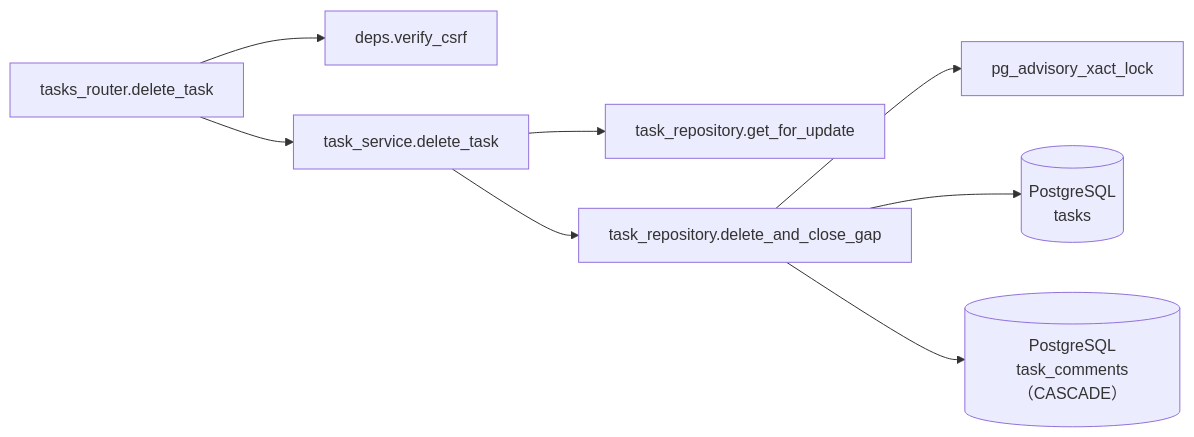
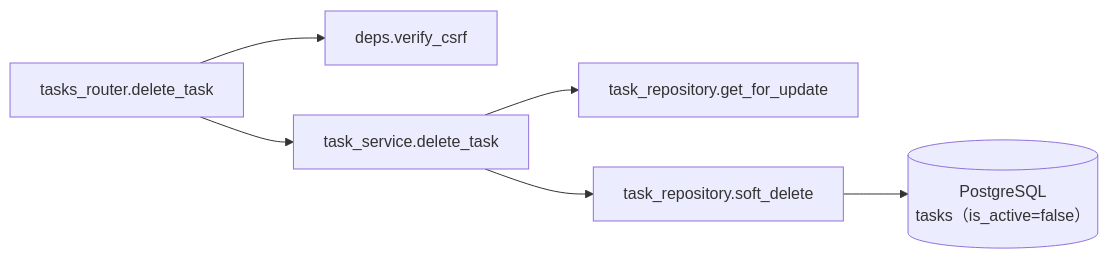
The third of 4 diagrams in detailed_design/api/tasks/05_delete_task.md (oikawa-d/task_management), drawn with Mermaid before and after one commit. The commit also changed other lines of this file and 25 other files, not shown here.

````diff
--- a/detailed_design/api/tasks/05_delete_task.md
+++ b/detailed_design/api/tasks/05_delete_task.md
@@ -155,10 +153,8 @@
 ```mermaid
 flowchart LR
     R["tasks_router.delete_task"] --> DEP["deps.verify_csrf"]
     R --> S["task_service.delete_task"]
     S --> G["task_repository.get_for_update"]
-    S --> DL["task_repository.delete_and_close_gap"]
-    DL --> LOCK["pg_advisory_xact_lock"]
-    DL --> DBT[("PostgreSQL<br/>tasks")]
-    DL --> DBC[("PostgreSQL<br/>task_comments（CASCADE）")]
+    S --> SD["task_repository.soft_delete"]
+    SD --> DBT[("PostgreSQL<br/>tasks（is_active=false）")]
 ```
````
